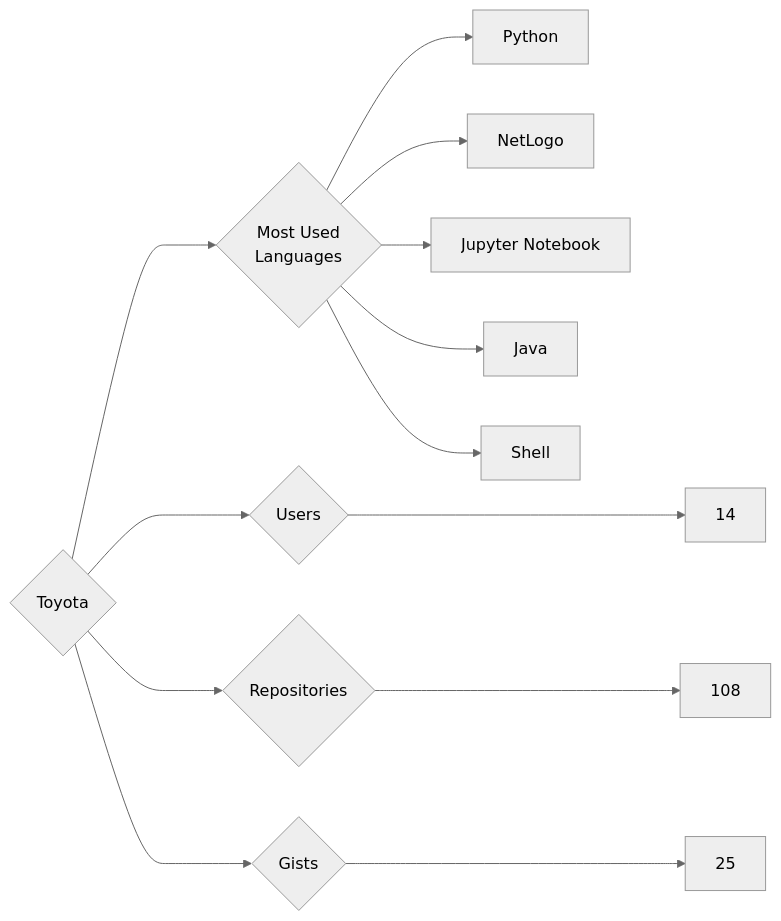
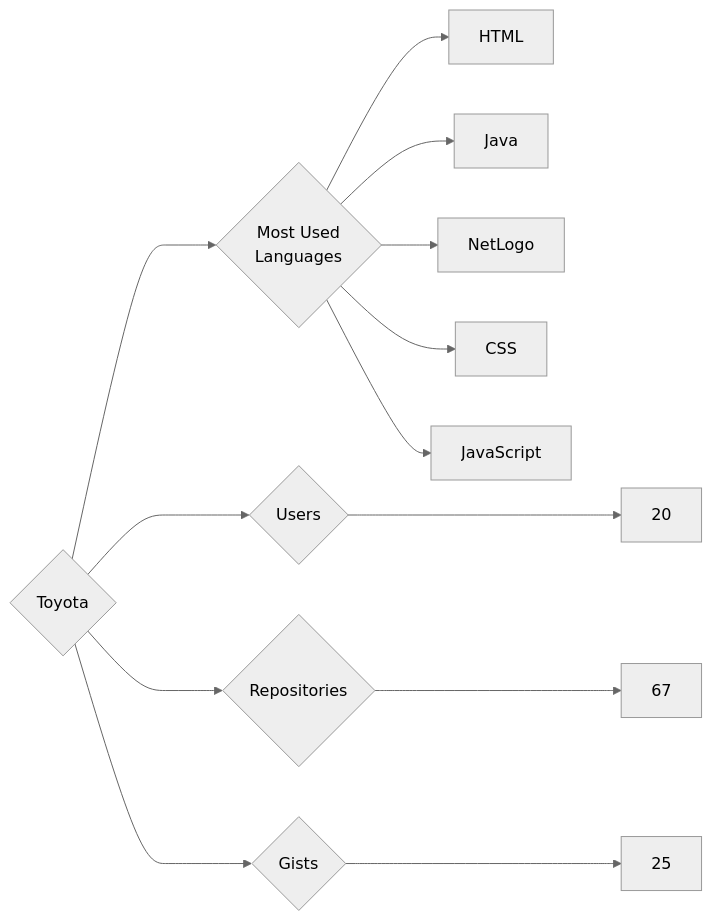
Before and after one commit to trickest/insiders: the diagram in targets/Toyota/README.md, drawn with Mermaid (neutral theme). The commit also changed 681 other files, not shown here.

````diff
--- a/targets/Toyota/README.md
+++ b/targets/Toyota/README.md
@@ -3,13 +3,13 @@
 ```mermaid
 graph LR
 COMPANY_NAME{Toyota}
-COMPANY_NAME ---> U{Users} ---> UN[14]
-COMPANY_NAME ---> R{Repositories} ---> RN[108]
+COMPANY_NAME ---> U{Users} ---> UN[20]
+COMPANY_NAME ---> R{Repositories} ---> RN[67]
 COMPANY_NAME ---> G{Gists} ---> GN[25]
 COMPANY_NAME ---> ML{Most Used<br>Languages}
-ML --> Python[Python]
+ML --> HTML[HTML]
+ML --> Java[Java]
 ML --> NetLogo[NetLogo]
-ML --> Jupyter_Notebook[Jupyter Notebook]
-ML --> Java[Java]
-ML --> Shell[Shell]
+ML --> CSS[CSS]
+ML --> JavaScript[JavaScript]
 ```
````
